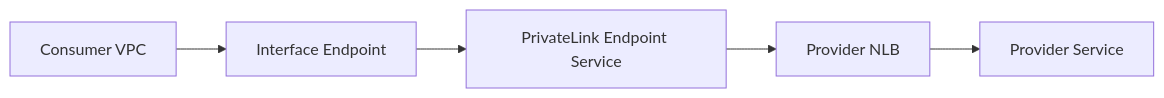
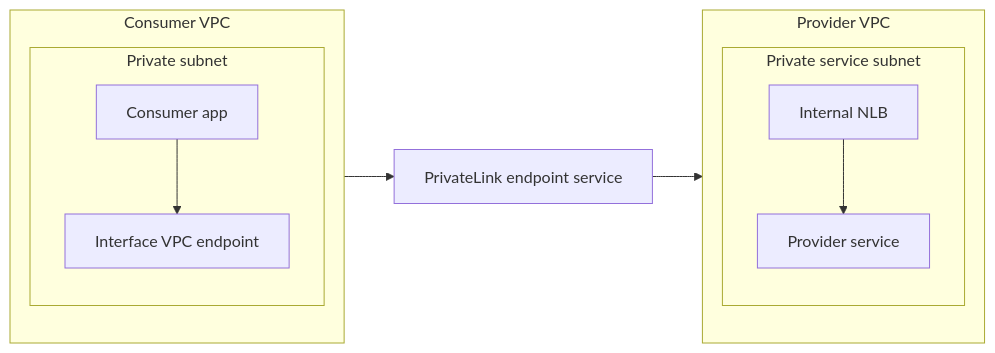
Before and after one commit to rooneyviet/aws-learning-obsidian: the diagram in 05 - Networking, DNS, and Edge/AWS PrivateLink.md, drawn with Mermaid. The commit also changed 7 other files, not shown here.

````diff
--- a/05 - Networking, DNS, and Edge/AWS PrivateLink.md
+++ b/05 - Networking, DNS, and Edge/AWS PrivateLink.md
@@ -22,7 +22,22 @@
 ```mermaid
 flowchart LR
-    Consumer[Consumer VPC] --> VPCE[Interface Endpoint]
-    VPCE --> Service[PrivateLink Endpoint Service]
-    Service --> NLB[Provider NLB]
-    NLB --> App[Provider Service]
+    subgraph ConsumerVPC["Consumer VPC"]
+        direction TB
+        subgraph ConsumerPrivate["Private subnet"]
+            ConsumerApp[Consumer app]
+            VPCE[Interface VPC endpoint]
+        end
+    end
+
+    PL[PrivateLink endpoint service]
+
+    subgraph ProviderVPC["Provider VPC"]
+        direction TB
+        subgraph ProviderPrivate["Private service subnet"]
+            NLB[Internal NLB]
+            ServiceApp[Provider service]
+        end
+    end
+
+    ConsumerApp --> VPCE --> PL --> NLB --> ServiceApp
 ```
````
